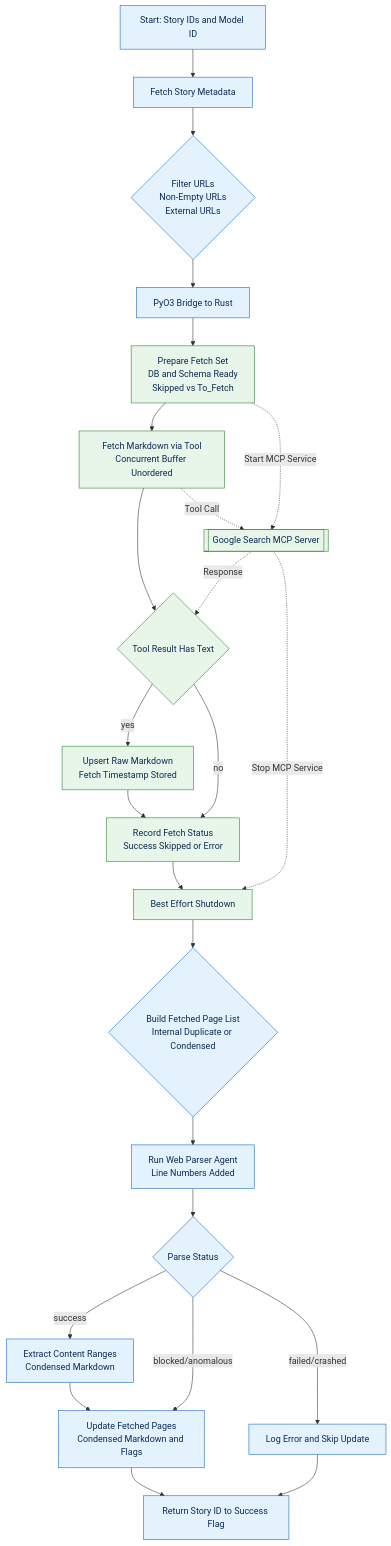
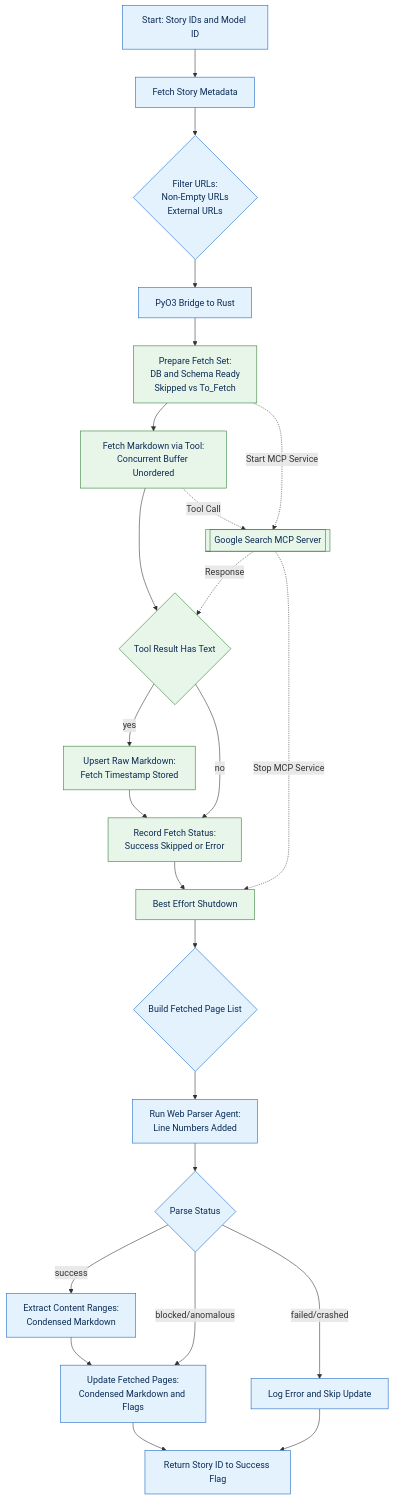
One commit to ceshine/ceshine-hugo changed the third of 4 diagrams in content/post/20260207-hacker-news-reader/index.md. Above: the diagram before and after it, drawn with Mermaid. The commit also changed other lines of this file, not shown here.

Commit message:
Complete "Web Page Content and Discussion Summarizer" section

````diff
--- a/content/post/20260207-hacker-news-reader/index.md
+++ b/content/post/20260207-hacker-news-reader/index.md
@@ -144,37 +144,37 @@
 ```mermaid
 flowchart TD
     START[Start: Story IDs and Model ID]:::python
     META[Fetch Story Metadata]:::python
-    FILTER{Filter URLs<br>Non-Empty URLs<br>External URLs}:::python
+    FILTER{Filter URLs:<br>Non-Empty URLs<br>External URLs}:::python
     BRIDGE[PyO3 Bridge to Rust]:::python
-    RUST_PREP[Prepare Fetch Set<br>DB and Schema Ready<br>Skipped vs To_Fetch]:::rust
+    RUST_PREP[Prepare Fetch Set:<br>DB and Schema Ready<br>Skipped vs To_Fetch]:::rust
     MCP_SPAWN[[Google Search MCP Server]]:::rust
-    RUST_FETCH[Fetch Markdown via Tool<br>Concurrent Buffer Unordered]:::rust
+    RUST_FETCH[Fetch Markdown via Tool:<br>Concurrent Buffer Unordered]:::rust
     TOOL_OK{Tool Result Has Text}:::rust
-    UPSERT_RAW[Upsert Raw Markdown<br>Fetch Timestamp Stored]:::rust
-    FETCH_STATUS[Record Fetch Status<br>Success Skipped or Error]:::rust
+    UPSERT_RAW[Upsert Raw Markdown:<br>Fetch Timestamp Stored]:::rust
+    FETCH_STATUS[Record Fetch Status:<br>Success Skipped or Error]:::rust
     MCP_SHUTDOWN[Best Effort Shutdown]:::rust
-    PAGE_LIST{Build Fetched Page List<br>Internal Duplicate or Condensed}:::python
-    WEBPARSER[Run Web Parser Agent<br>Line Numbers Added]:::python
+    PAGE_LIST{Build Fetched Page List}:::python
+    WEBPARSER[Run Web Parser Agent:<br>Line Numbers Added]:::python
     PARSE_STATUS{Parse Status}:::python
-    CONDENSE[Extract Content Ranges<br>Condensed Markdown]:::python
+    CONDENSE[Extract Content Ranges:<br>Condensed Markdown]:::python
     PARSE_ERROR[Log Error and Skip Update]:::python
-    UPDATE_PAGES[Update Fetched Pages<br>Condensed Markdown and Flags]:::python
+    UPDATE_PAGES[Update Fetched Pages:<br>Condensed Markdown and Flags]:::python
     RETURN_FLAGS[Return Story ID to Success Flag]:::python
 
     START --> META --> FILTER
     FILTER --> BRIDGE --> RUST_PREP --> RUST_FETCH --> TOOL_OK
     RUST_PREP -.->|Start MCP Service| MCP_SPAWN
     RUST_FETCH -.->|Tool Call| MCP_SPAWN
     MCP_SPAWN -.->|Response| TOOL_OK
     TOOL_OK -->|yes| UPSERT_RAW --> FETCH_STATUS
     TOOL_OK -->|no| FETCH_STATUS
     FETCH_STATUS --> MCP_SHUTDOWN --> PAGE_LIST --> WEBPARSER --> PARSE_STATUS
     MCP_SPAWN -.->|Stop MCP Service| MCP_SHUTDOWN
     PARSE_STATUS -->|success| CONDENSE --> UPDATE_PAGES --> RETURN_FLAGS
     PARSE_STATUS -->|blocked/anomalous| UPDATE_PAGES
     PARSE_STATUS -->|failed/crashed| PARSE_ERROR --> RETURN_FLAGS
 
     classDef rust fill:#e8f5e9,stroke:#2e7d32,stroke-width:1px,color:#0b2b55;
     classDef python fill:#e3f2fd,stroke:#1565c0,stroke-width:1px,color:#0b2b55;
 ```
````
